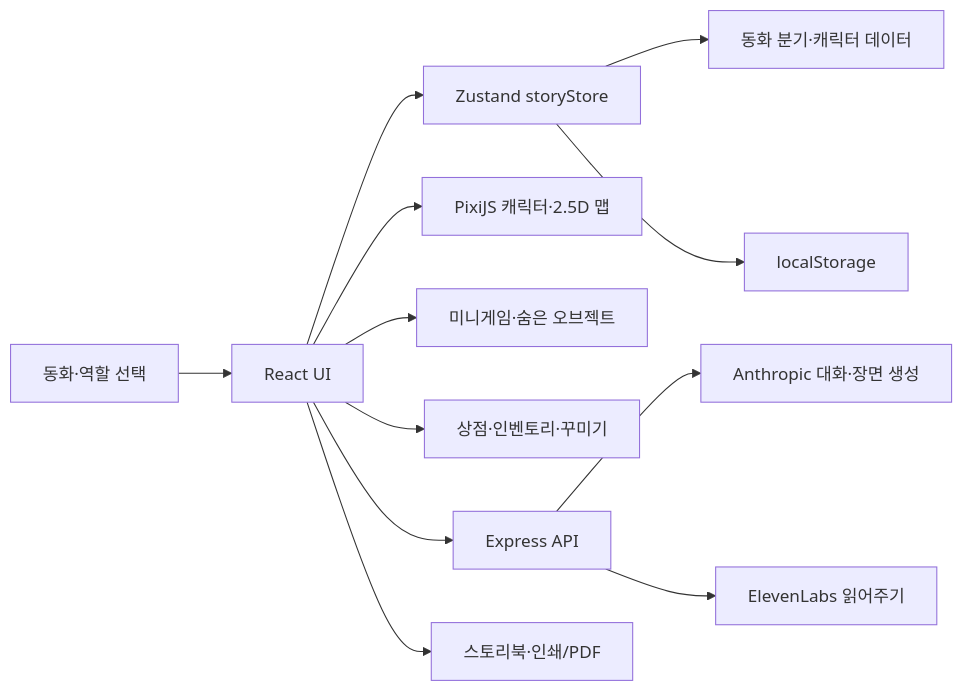
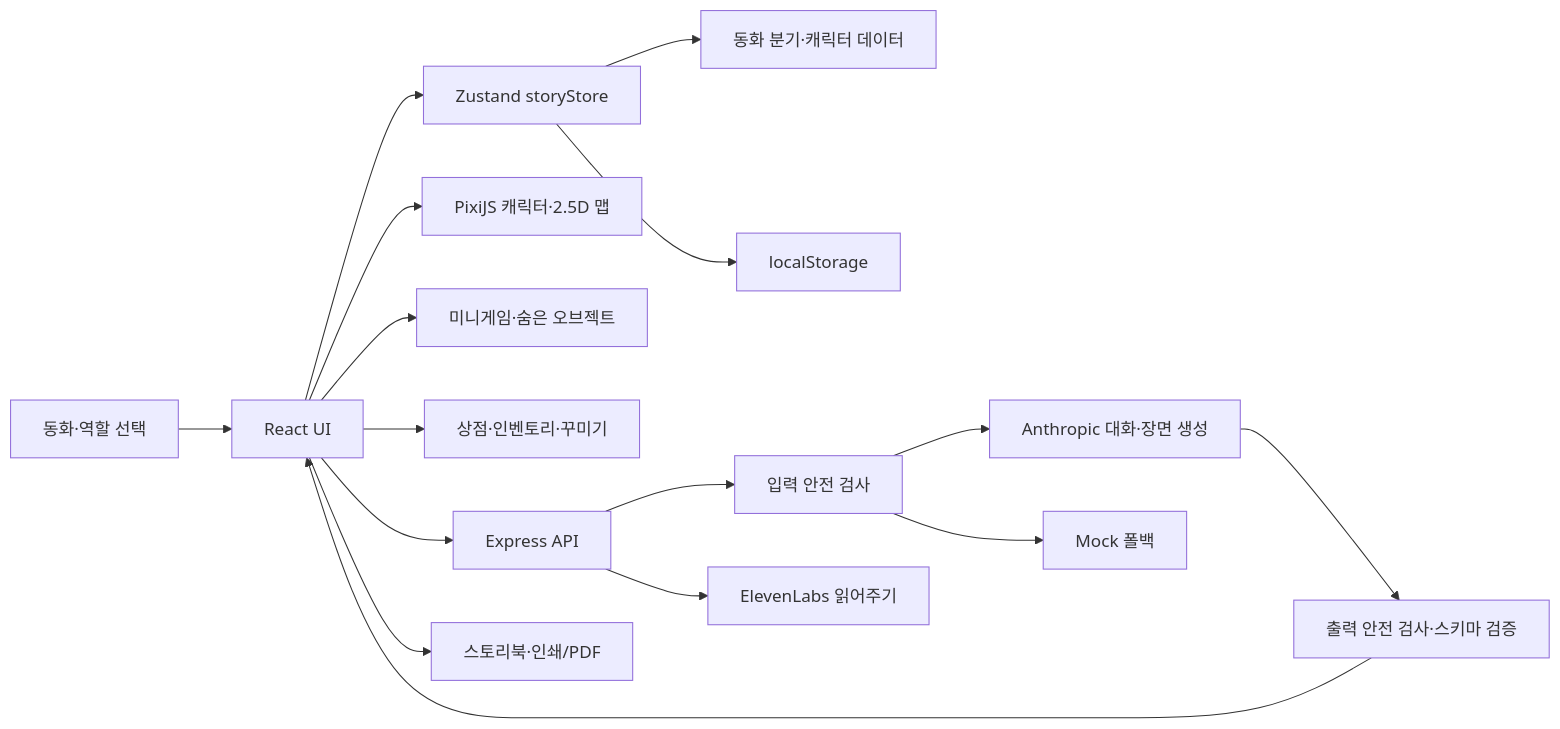
One commit to seungyeon59/once-upon-a-play changed the first of 2 diagrams in PIPELINE.md. Above: the diagram before and after it, drawn with Mermaid. The commit also changed other lines of this file, not shown here.

````diff
--- a/PIPELINE.md
+++ b/PIPELINE.md
@@ -15,14 +16,18 @@
 ```mermaid
 flowchart LR
     A[동화·역할 선택] --> B[React UI]
     B --> C[Zustand storyStore]
     C --> D[동화 분기·캐릭터 데이터]
     B --> E[PixiJS 캐릭터·2.5D 맵]
     B --> F[미니게임·숨은 오브젝트]
     B --> G[상점·인벤토리·꾸미기]
     B --> H[Express API]
-    H --> I[Anthropic 대화·장면 생성]
+    H --> S1[입력 안전 검사]
+    S1 --> I[Anthropic 대화·장면 생성]
+    I --> S2[출력 안전 검사·스키마 검증]
+    S2 --> B
+    S1 --> M[Mock 폴백]
     H --> J[ElevenLabs 읽어주기]
     C --> K[localStorage]
     B --> L[스토리북·인쇄/PDF]
 ```
````
